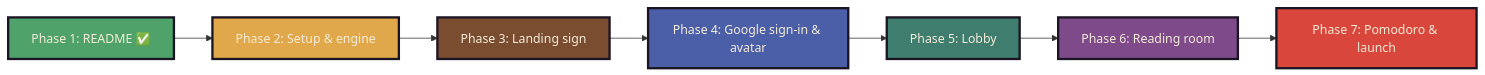
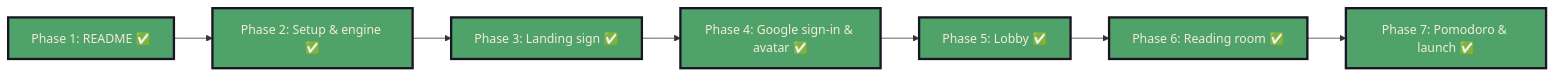
The sixth of 6 diagrams in README.md (AdityaSurse/pixel-library), drawn with Mermaid before and after one commit. The commit also changed other lines of this file and 24 other files, not shown here.

Commit message:
Phase 7: shared Pomodoro, study stats, security rules, Vercel config

````diff
--- a/README.md
+++ b/README.md
@@ -230,18 +243,18 @@
 ```mermaid
 flowchart LR
     classDef red fill:#d9463b,stroke:#1b1423,stroke-width:3px,color:#f4ecd8;
     classDef mustard fill:#e0a84a,stroke:#1b1423,stroke-width:3px,color:#f4ecd8;
     classDef green fill:#4fa36a,stroke:#1b1423,stroke-width:3px,color:#f4ecd8;
     classDef blue fill:#4a5fa8,stroke:#1b1423,stroke-width:3px,color:#f4ecd8;
     classDef purple fill:#7e4a8a,stroke:#1b1423,stroke-width:3px,color:#f4ecd8;
     classDef teal fill:#3f7d6e,stroke:#1b1423,stroke-width:3px,color:#f4ecd8;
     classDef pink fill:#c86b86,stroke:#1b1423,stroke-width:3px,color:#f4ecd8;
     classDef wood fill:#7a4d31,stroke:#1b1423,stroke-width:3px,color:#f4ecd8;
 
-    P1["Phase 1: README ✅"]:::green --> P2["Phase 2: Setup & engine"]:::mustard
-    P2 --> P3["Phase 3: Landing sign"]:::wood
-    P3 --> P4["Phase 4: Google sign-in & avatar"]:::blue
-    P4 --> P5["Phase 5: Lobby"]:::teal
-    P5 --> P6["Phase 6: Reading room"]:::purple
-    P6 --> P7["Phase 7: Pomodoro & launch"]:::red
+    P1["Phase 1: README ✅"]:::green --> P2["Phase 2: Setup & engine ✅"]:::green
+    P2 --> P3["Phase 3: Landing sign ✅"]:::green
+    P3 --> P4["Phase 4: Google sign-in & avatar ✅"]:::green
+    P4 --> P5["Phase 5: Lobby ✅"]:::green
+    P5 --> P6["Phase 6: Reading room ✅"]:::green
+    P6 --> P7["Phase 7: Pomodoro & launch ✅"]:::green
 ```
````
